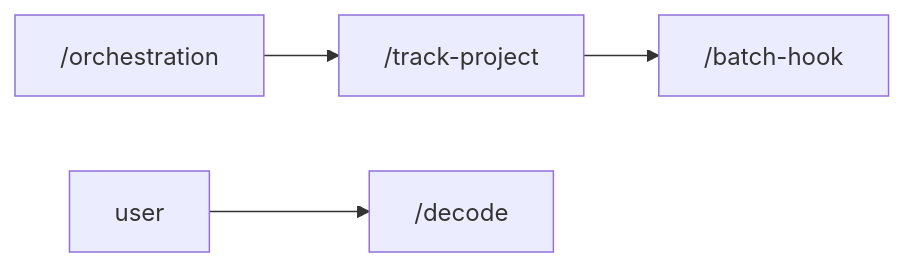
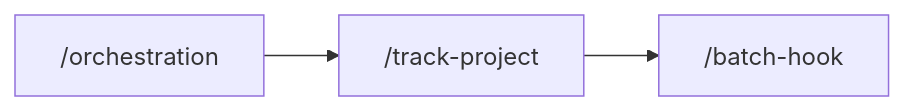
One commit to kirisawa-subaru/Raymond-agentic-workflow changed the second of 2 diagrams in README.md. Above: the diagram before and after it, drawn with Mermaid. The commit also changed other lines of this file, not shown here.

````diff
--- a/README.md
+++ b/README.md
@@ -22,5 +22,4 @@
 ```mermaid
 flowchart LR
     A["/orchestration"] --> B["/track-project"] --> C["/batch-hook"]
-    D["user"] --> E["/decode"]
 ```
````
